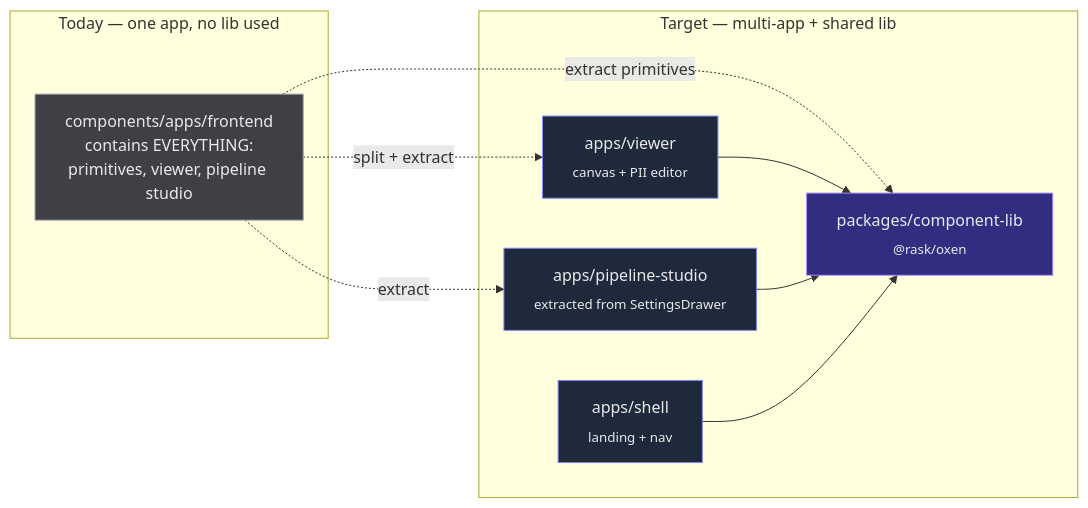
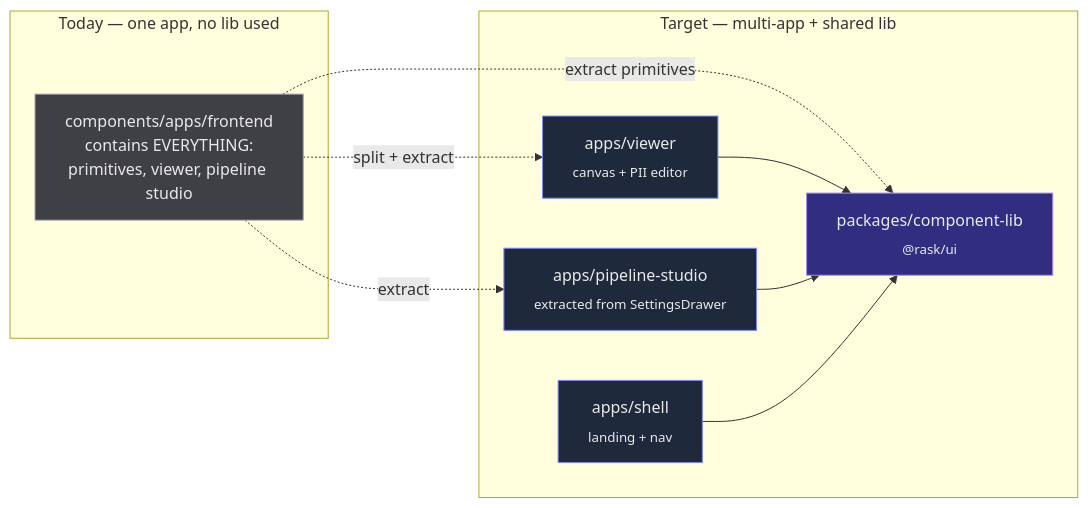
Before and after one commit to AI-Riksarkivet/rask: the third of 4 diagrams in docs/architecture/frontend-monorepo.md, drawn with Mermaid. The commit also changed other lines of this file and 43 other files, not shown here.

````diff
--- a/docs/architecture/frontend-monorepo.md
+++ b/docs/architecture/frontend-monorepo.md
@@ -88,27 +88,27 @@
 ```mermaid
 flowchart LR
     subgraph today["Today — one app, no lib used"]
         feA["components/apps/frontend<br/>contains EVERYTHING:<br/>primitives, viewer, pipeline studio"]
     end
 
     subgraph target["Target — multi-app + shared lib"]
         feB["apps/viewer<br/><sub>canvas + PII editor</sub>"]
         psB["apps/pipeline-studio<br/><sub>extracted from SettingsDrawer</sub>"]
         shB["apps/shell<br/><sub>landing + nav</sub>"]
-        libB["packages/component-lib<br/><sub>@rask/oxen</sub>"]
+        libB["packages/component-lib<br/><sub>@rask/ui</sub>"]
     end
 
     feA -. "split + extract" .-> feB
     feA -. "extract" .-> psB
     feA -. "extract primitives" .-> libB
     feB --> libB
     psB --> libB
     shB --> libB
 
     classDef now fill:#3f3f46,stroke:#a1a1aa,color:#e9e9ea
     classDef future fill:#1e293b,stroke:#818cf8,color:#e9e9ea
     classDef libnode fill:#312e81,stroke:#a78bfa,color:#e9e9ea
     class feA now
     class feB,psB,shB future
     class libB libnode
 ```
````
